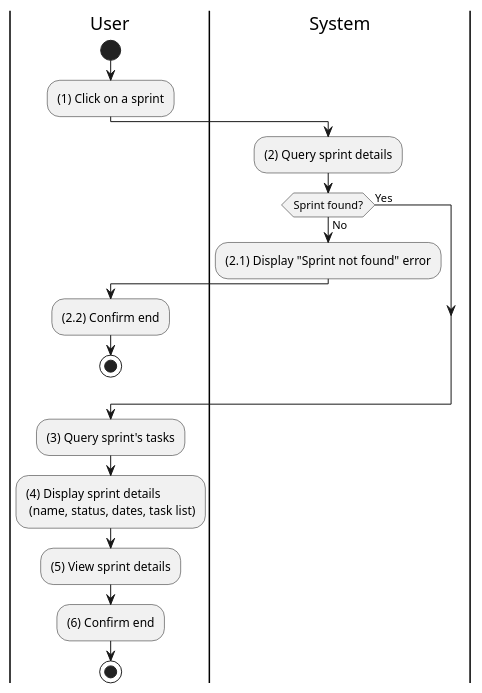
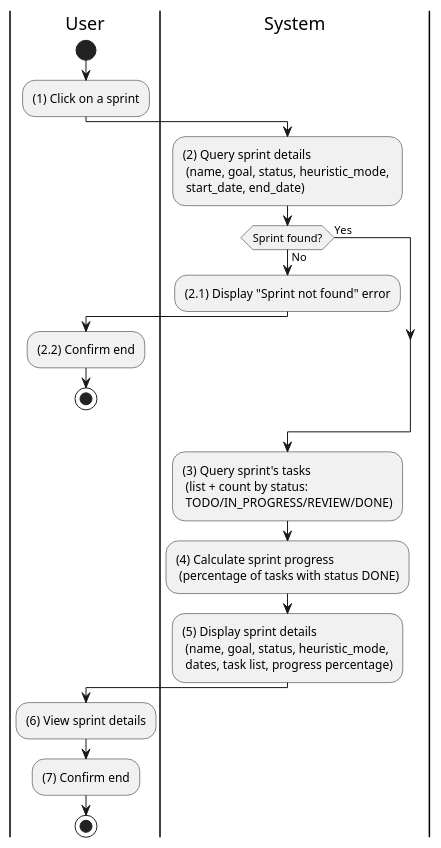
Before and after one commit to taskpilot-platform/taskpilot-platform.github.io: the diagram in docs/docs/activity/sprint-management/view-sprint-details.md, drawn with PlantUML. The commit also changed 14 other files, not shown here.

First line of the commit message:
feat(activity): expand batch 2 activity diagrams to ~40-50 lines

````diff
--- a/docs/docs/activity/sprint-management/view-sprint-details.md
+++ b/docs/docs/activity/sprint-management/view-sprint-details.md
@@ -3,30 +3,32 @@
 ```plantuml
 @startuml
 |U|User
 |S|System
 
 |U|
 start
 :(1) Click on a sprint;
 
 |S|
-:(2) Query sprint details;
+:(2) Query sprint details \n (name, goal, status, heuristic_mode, \n start_date, end_date);
 
 if (Sprint found?) then (No)
   :(2.1) Display "Sprint not found" error;
   |U|
   :(2.2) Confirm end;
   stop
 else (Yes)
 endif
 
-:(3) Query sprint's tasks;
-:(4) Display sprint details \n (name, status, dates, task list);
+|S|
+:(3) Query sprint's tasks \n (list + count by status: \n TODO/IN_PROGRESS/REVIEW/DONE);
+:(4) Calculate sprint progress \n (percentage of tasks with status DONE);
+:(5) Display sprint details \n (name, goal, status, heuristic_mode, \n dates, task list, progress percentage);
 
 |U|
-:(5) View sprint details;
-:(6) Confirm end;
+:(6) View sprint details;
+:(7) Confirm end;
 
 stop
 @enduml
 ```
````
